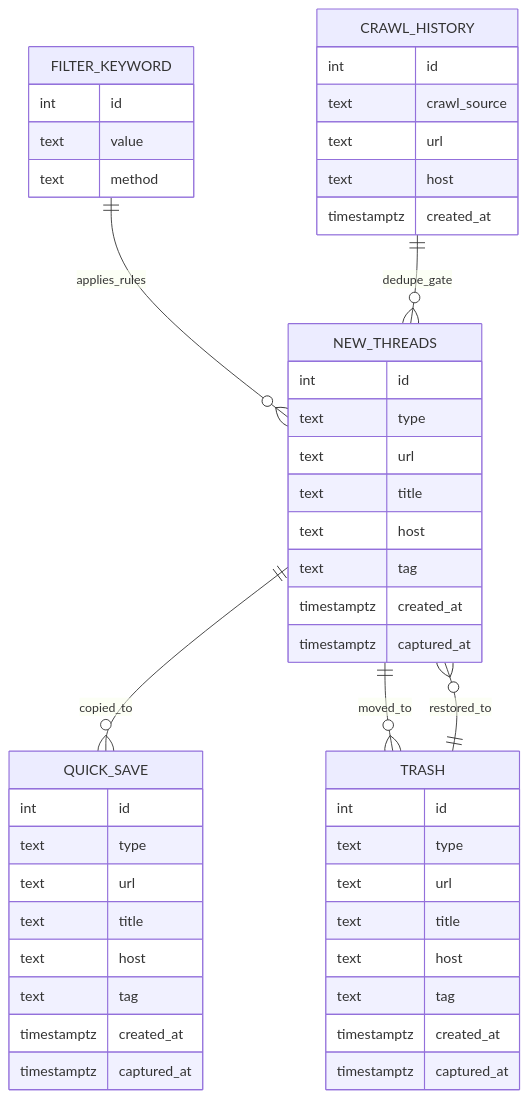
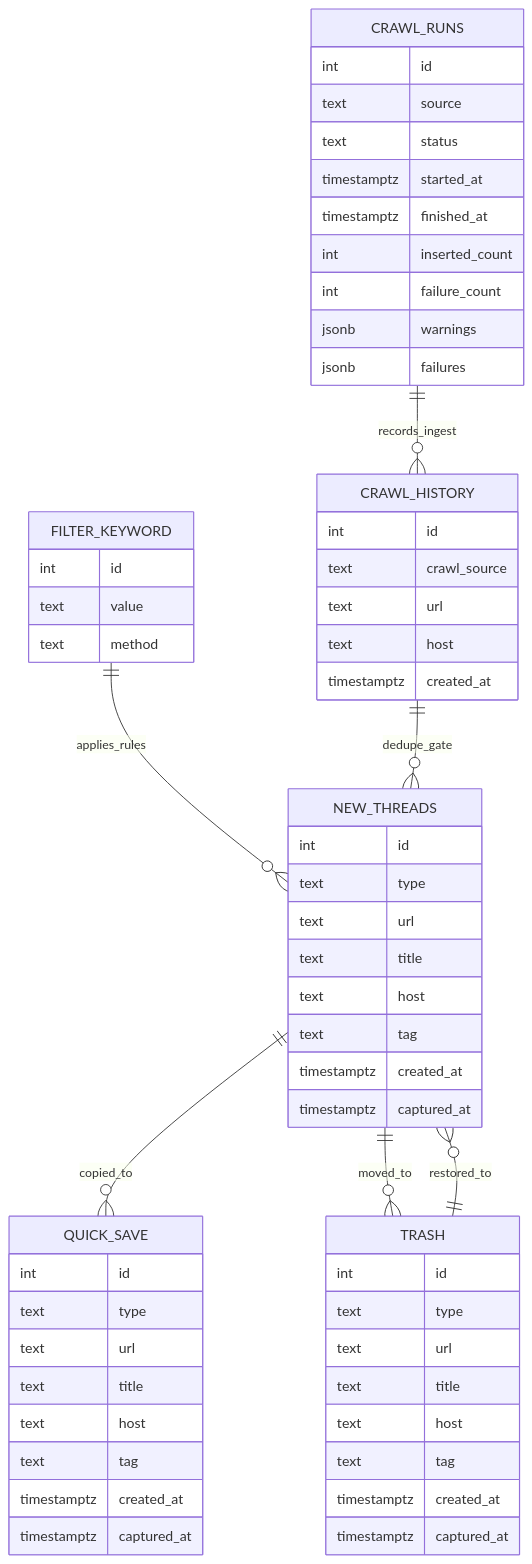
One commit to rlatmfrl24/applemint-v3 changed the diagram in README.md. Above: the diagram before and after it, drawn with Mermaid. The commit also changed other lines of this file and 30 other files, not shown here.

````diff
--- a/README.md
+++ b/README.md
@@ -80,55 +81,68 @@
 ```mermaid
 erDiagram
     FILTER_KEYWORD {
       int id
       text value
       text method
     }
 
     CRAWL_HISTORY {
       int id
       text crawl_source
       text url
       text host
       timestamptz created_at
+    }
+
+    CRAWL_RUNS {
+      int id
+      text source
+      text status
+      timestamptz started_at
+      timestamptz finished_at
+      int inserted_count
+      int failure_count
+      jsonb warnings
+      jsonb failures
     }
 
     NEW_THREADS {
       int id
       text type
       text url
       text title
       text host
       text tag
       timestamptz created_at
       timestamptz captured_at
     }
 
     QUICK_SAVE {
       int id
       text type
       text url
       text title
       text host
       text tag
       timestamptz created_at
       timestamptz captured_at
     }
 
     TRASH {
       int id
       text type
       text url
       text title
       text host
       text tag
       timestamptz created_at
       timestamptz captured_at
     }
 
     FILTER_KEYWORD ||--o{ NEW_THREADS : applies_rules
     CRAWL_HISTORY ||--o{ NEW_THREADS : dedupe_gate
+    CRAWL_RUNS ||--o{ CRAWL_HISTORY : records_ingest
     NEW_THREADS ||--o{ QUICK_SAVE : copied_to
     NEW_THREADS ||--o{ TRASH : moved_to
     TRASH ||--o{ NEW_THREADS : restored_to
 ```
````
